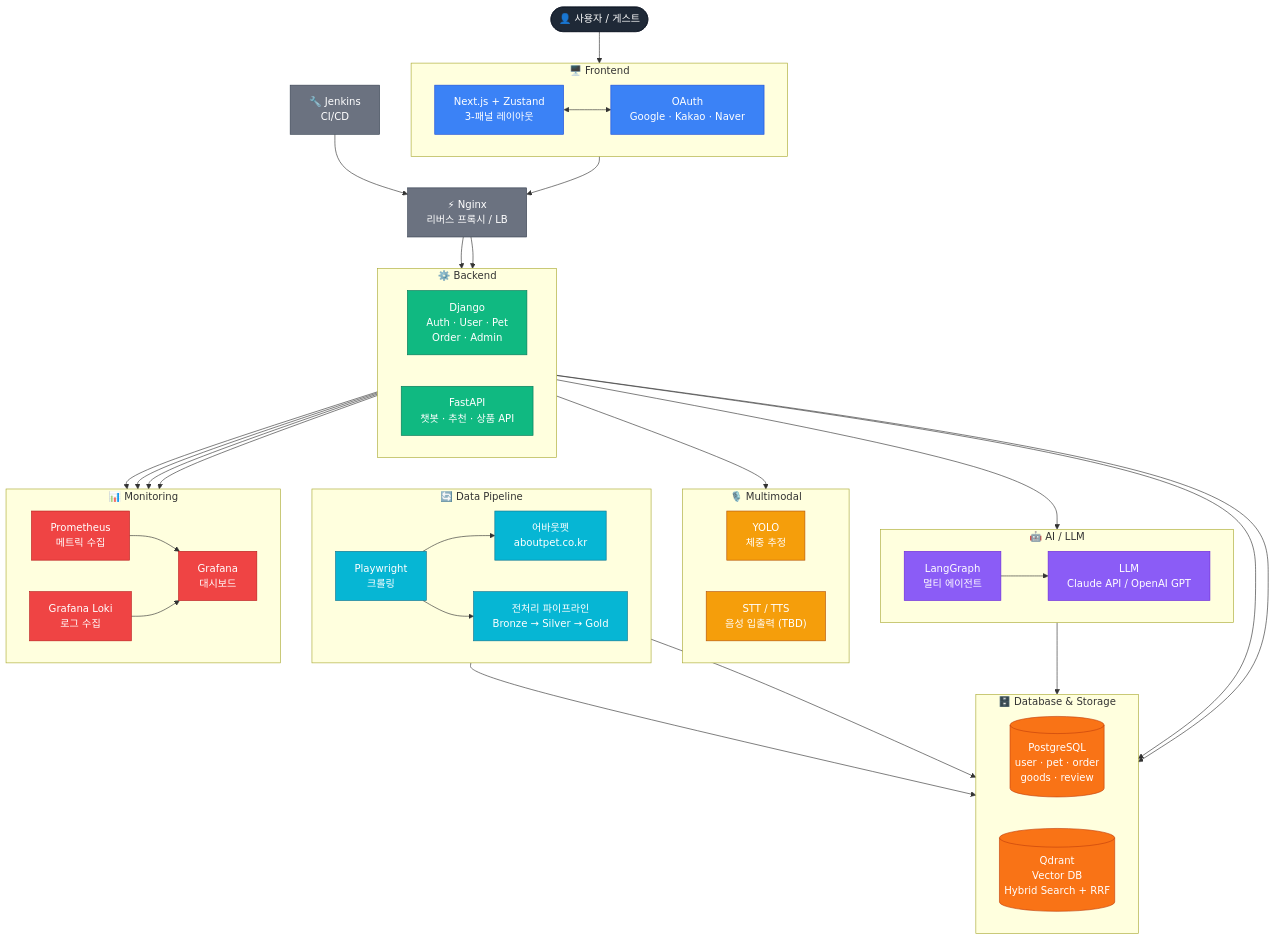
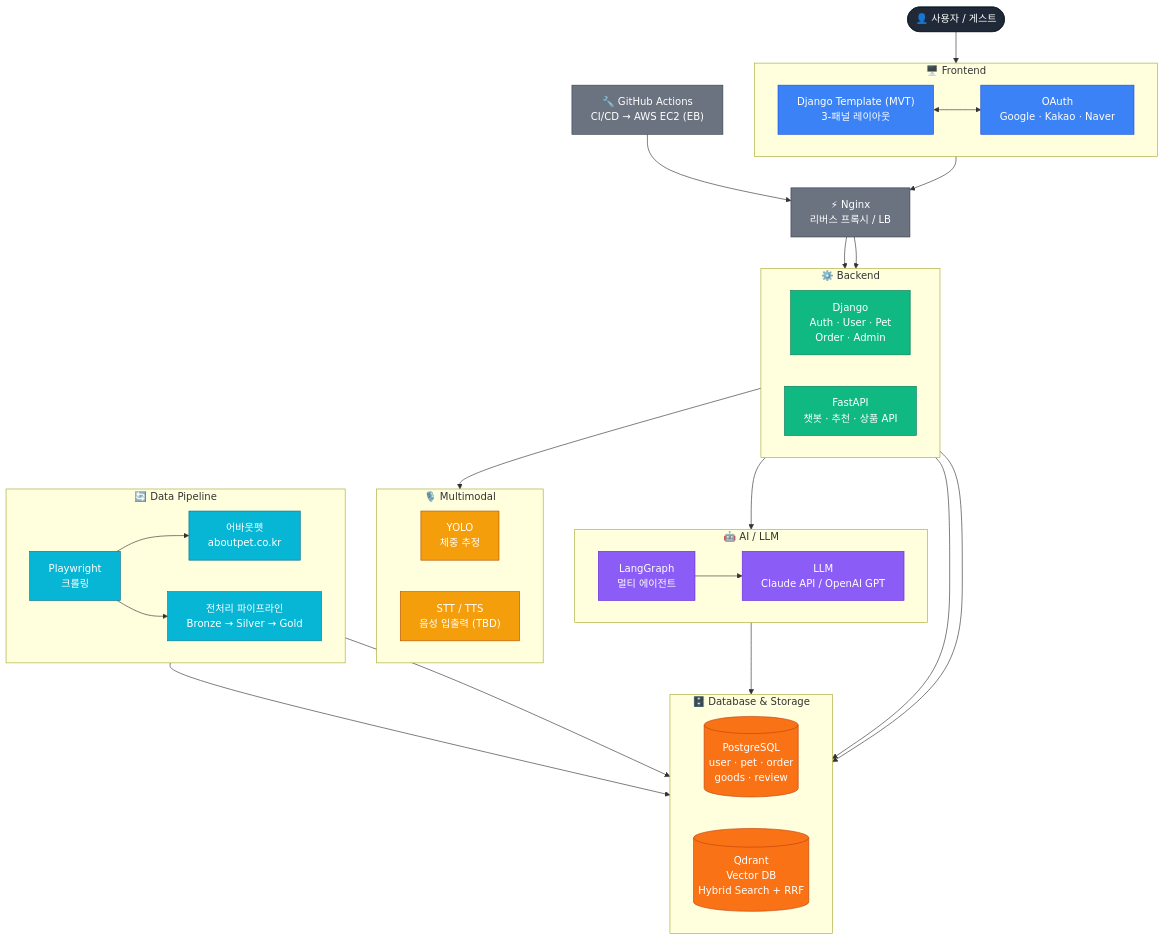
The diagram in docs/planning/02_system_architecture.md (skn-ai22-251029/SKN22-Final-2Team-WEB), drawn with Mermaid before and after one commit. The commit also changed other lines of this file and 17 other files, not shown here.

````diff
--- a/docs/planning/02_system_architecture.md
+++ b/docs/planning/02_system_architecture.md
@@ -13,7 +13,7 @@
 
     subgraph FRONTEND["🖥️ Frontend"]
         direction LR
-        FE["Next.js + Zustand<br>3-패널 레이아웃"]
+        FE["Django Template (MVT)<br>3-패널 레이아웃"]
         OAUTH["OAuth<br>Google · Kakao · Naver"]
     end
 
@@ -50,14 +50,7 @@
         PREPROCESS["전처리 파이프라인<br>Bronze → Silver → Gold"]
     end
 
-    subgraph MONITORING["📊 Monitoring"]
-        direction LR
-        PROM["Prometheus<br>메트릭 수집"]
-        LOKI["Grafana Loki<br>로그 수집"]
-        GRAFANA["Grafana<br>대시보드"]
-    end
-
-    JENKINS["🔧 Jenkins<br>CI/CD"]
+    CICD["🔧 GitHub Actions<br>CI/CD → AWS EC2 (EB)"]
 
     %% 사용자 → 프론트 → 백엔드
     USER --> FE
@@ -80,16 +73,8 @@
     PREPROCESS --> PG
     PREPROCESS --> QDRANT
 
-    %% 모니터링
-    DJANGO --> LOKI
-    FASTAPI --> LOKI
-    DJANGO --> PROM
-    FASTAPI --> PROM
-    PROM --> GRAFANA
-    LOKI --> GRAFANA
-
     %% CI/CD
-    JENKINS --> NGINX
+    CICD --> NGINX
 
     %% 스타일
     classDef frontend fill:#3B82F6,stroke:#1D4ED8,color:#fff
@@ -110,6 +95,5 @@
     class YOLO,STT multimodal
     class PG,QDRANT db
     class ABOUTPET,PW,PREPROCESS pipeline
-    class PROM,LOKI,GRAFANA monitoring
-    class JENKINS infra
+    class CICD infra
 ```
````
